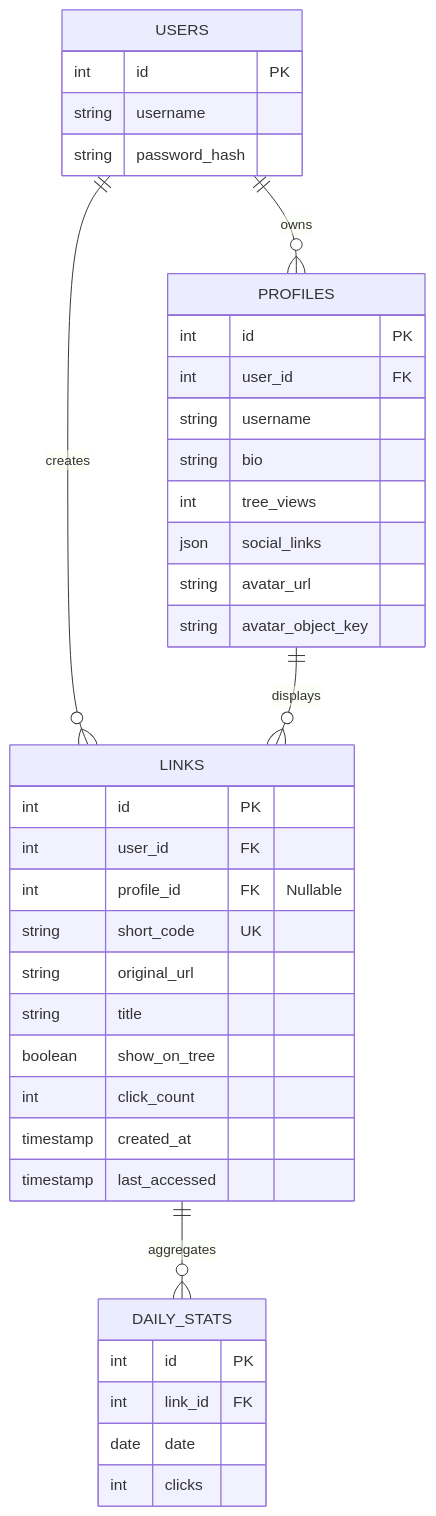
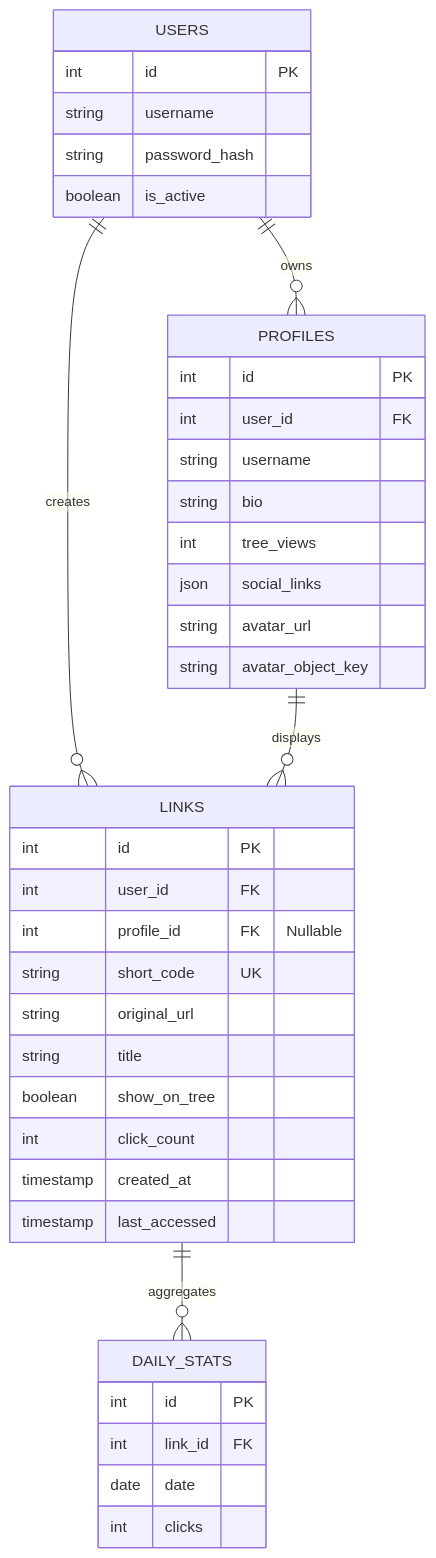
One commit to ahk1542001-wq/url-shortener-api changed the second of 2 diagrams in wiki/architecture.md. Above: the diagram before and after it, drawn with Mermaid. The commit also changed other lines of this file and 70 other files, not shown here.

````diff
--- a/wiki/architecture.md
+++ b/wiki/architecture.md
@@ -58,44 +67,45 @@
 ```mermaid
 erDiagram
     USERS ||--o{ PROFILES : owns
     USERS ||--o{ LINKS : creates
     PROFILES ||--o{ LINKS : displays
     LINKS ||--o{ DAILY_STATS : aggregates
 
     USERS {
         int id PK
         string username
         string password_hash
+        boolean is_active
     }
 
     PROFILES {
         int id PK
         int user_id FK
         string username
         string bio
         int tree_views
         json social_links
         string avatar_url
         string avatar_object_key
     }
 
     LINKS {
         int id PK
         int user_id FK
         int profile_id FK "Nullable"
         string short_code UK
         string original_url
         string title
         boolean show_on_tree
         int click_count
         timestamp created_at
         timestamp last_accessed
     }
 
     DAILY_STATS {
         int id PK
         int link_id FK
         date date
         int clicks
     }
 ```
````
